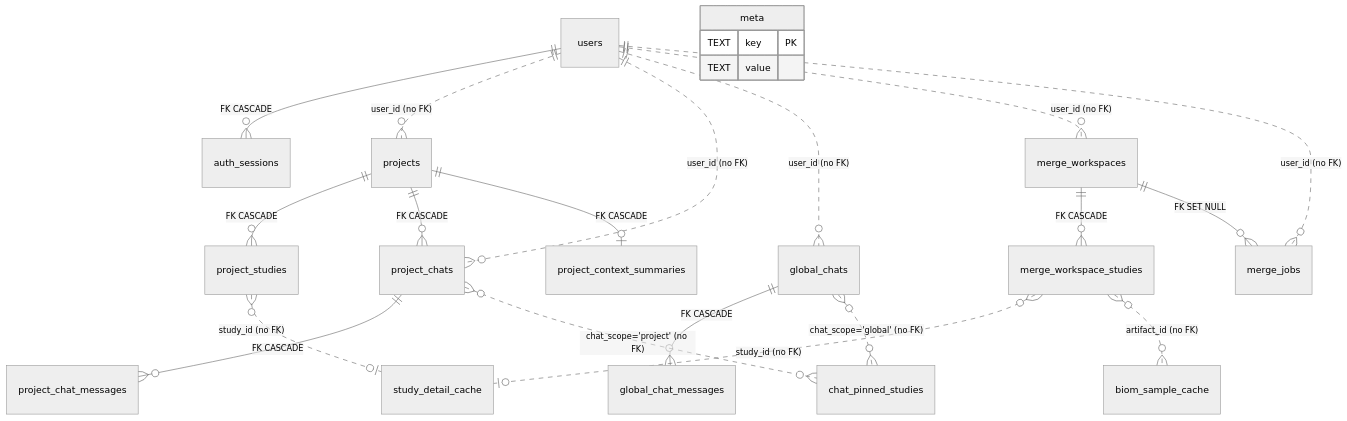
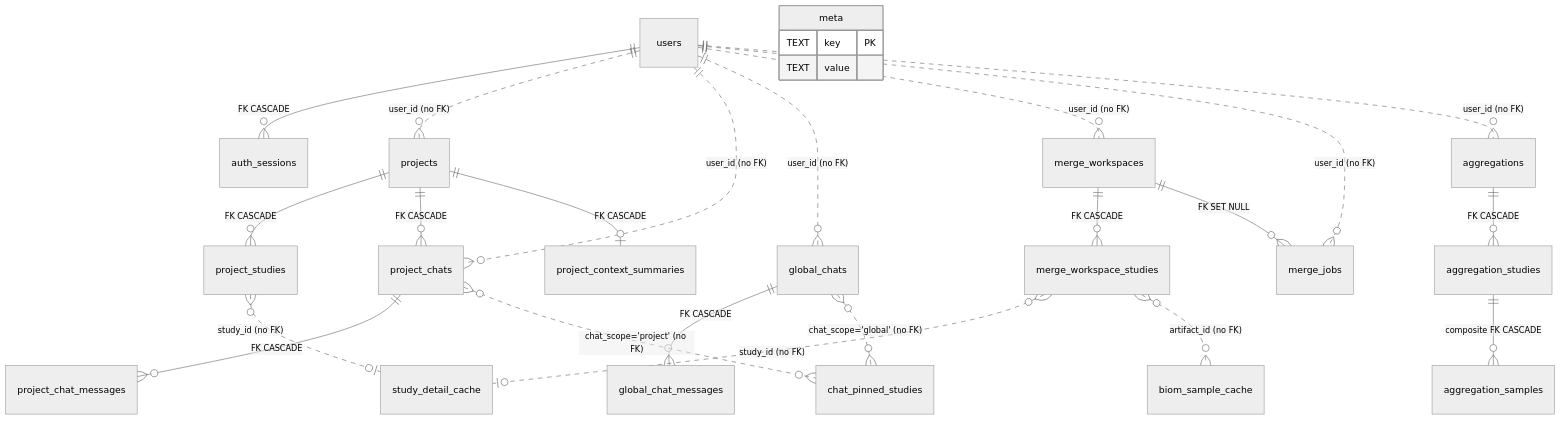
Before and after one commit to dhruvviveksharma/QiitaExplore: the diagram in docs/appendix-b-sqlite-schema.md, drawn with Mermaid (neutral theme). The commit also changed other lines of this file and 3 other files, not shown here.

````diff
--- a/docs/appendix-b-sqlite-schema.md
+++ b/docs/appendix-b-sqlite-schema.md
@@ -94,31 +94,35 @@
 ```mermaid
 erDiagram
     users ||--o{ auth_sessions : "FK CASCADE"
     users ||..o{ projects : "user_id (no FK)"
     users ||..o{ project_chats : "user_id (no FK)"
     users ||..o{ global_chats : "user_id (no FK)"
     users ||..o{ merge_workspaces : "user_id (no FK)"
     users ||..o{ merge_jobs : "user_id (no FK)"
+    users ||..o{ aggregations : "user_id (no FK)"
 
     projects ||--o{ project_studies : "FK CASCADE"
     projects ||--o{ project_chats : "FK CASCADE"
     projects ||--o| project_context_summaries : "FK CASCADE"
     project_chats ||--o{ project_chat_messages : "FK CASCADE"
 
     global_chats ||--o{ global_chat_messages : "FK CASCADE"
 
     merge_workspaces ||--o{ merge_workspace_studies : "FK CASCADE"
     merge_workspaces ||--o{ merge_jobs : "FK SET NULL"
+
+    aggregations ||--o{ aggregation_studies : "FK CASCADE"
+    aggregation_studies ||--o{ aggregation_samples : "composite FK CASCADE"
 
     project_chats }o..o{ chat_pinned_studies : "chat_scope='project' (no FK)"
     global_chats }o..o{ chat_pinned_studies : "chat_scope='global' (no FK)"
 
     project_studies }o..o| study_detail_cache : "study_id (no FK)"
     merge_workspace_studies }o..o| study_detail_cache : "study_id (no FK)"
     merge_workspace_studies }o..o{ biom_sample_cache : "artifact_id (no FK)"
 
     meta {
         TEXT key PK
         TEXT value
     }
 ```
````
